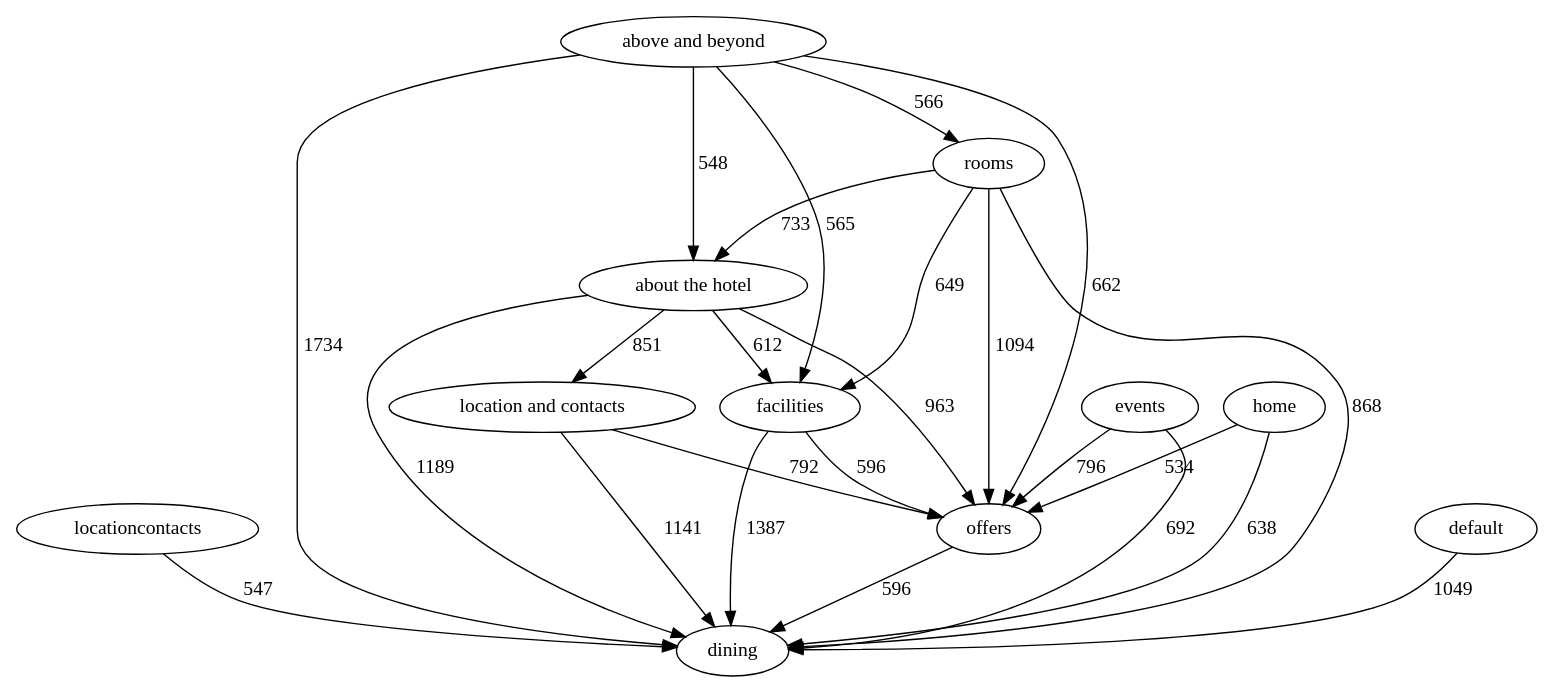
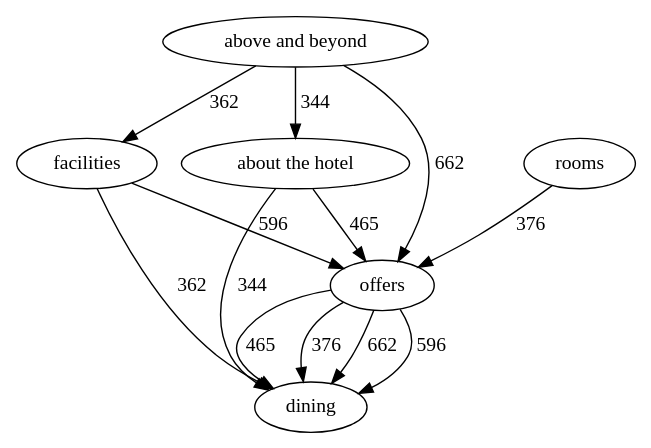
The diagram in dot/hk_requests.dot (alexcu/sit742-a2-report), drawn with Graphviz before and after one commit. The commit also changed 17 other files, not shown here.

Commit message:
Update dot diagrams to percentile and support-curated

```diff
--- a/dot/hk_requests.dot
+++ b/dot/hk_requests.dot
@@ -1,38 +1,21 @@
-strict digraph "" {
+digraph "" {
 layout="dot";
-locationcontacts;
+dining;
+"about the hotel";
 facilities;
-"about the hotel";
-default;
-dining;
 offers;
 rooms;
-home;
 "above and beyond";
-"location and contacts";
-events;
-locationcontacts -> dining  [label=547, weight=547];
-facilities -> dining  [label=1387, weight=1387];
-facilities -> offers  [label=596, weight=596];
-"about the hotel" -> dining  [label=1189, weight=1189];
-"about the hotel" -> offers  [label=963, weight=963];
-"about the hotel" -> "location and contacts"  [label=851, weight=851];
-"about the hotel" -> facilities  [label=612, weight=612];
-default -> dining  [label=1049, weight=1049];
-offers -> dining  [label=596, weight=596];
-rooms -> dining  [label=868, weight=868];
-rooms -> offers  [label=1094, weight=1094];
-rooms -> facilities  [label=649, weight=649];
-rooms -> "about the hotel"  [label=733, weight=733];
-home -> dining  [label=638, weight=638];
-home -> offers  [label=534, weight=534];
-"above and beyond" -> dining  [label=1734, weight=1734];
-"above and beyond" -> offers  [label=662, weight=662];
-"above and beyond" -> "about the hotel"  [label=548, weight=548];
-"above and beyond" -> rooms  [label=566, weight=566];
-"above and beyond" -> facilities  [label=565, weight=565];
-"location and contacts" -> dining  [label=1141, weight=1141];
-"location and contacts" -> offers  [label=792, weight=792];
-events -> dining  [label=692, weight=692];
-events -> offers  [label=796, weight=796];
+"about the hotel" -> dining  [key=0, label=344, weight=344];
+"about the hotel" -> offers  [key=0, label=465, weight=465];
+facilities -> dining  [key=0, label=362, weight=362];
+facilities -> offers  [key=0, label=596, weight=596];
+offers -> dining  [key=0, label=662, weight=662];
+offers -> dining  [key=1, label=596, weight=596];
+offers -> dining  [key=2, label=465, weight=465];
+offers -> dining  [key=3, label=376, weight=376];
+rooms -> offers  [key=0, label=376, weight=376];
+"above and beyond" -> facilities  [key=0, label=362, weight=362];
+"above and beyond" -> offers  [key=0, label=662, weight=662];
+"above and beyond" -> "about the hotel"  [key=0, label=344, weight=344];
 }
```
